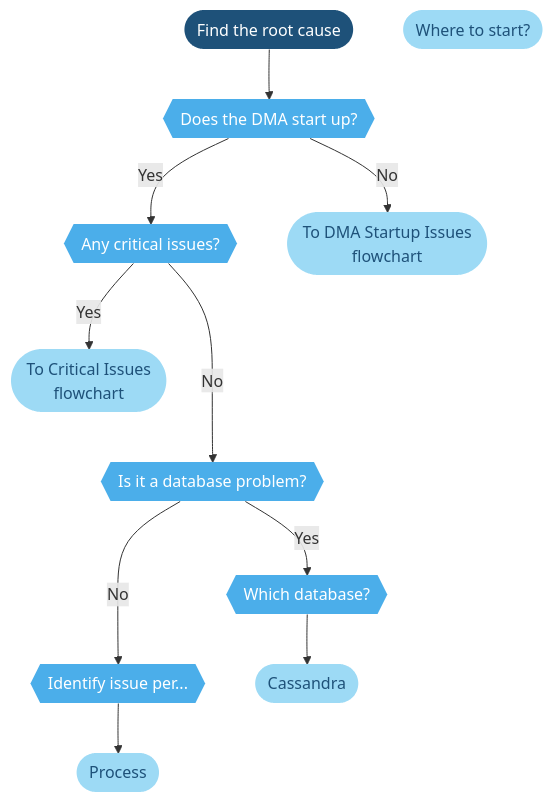
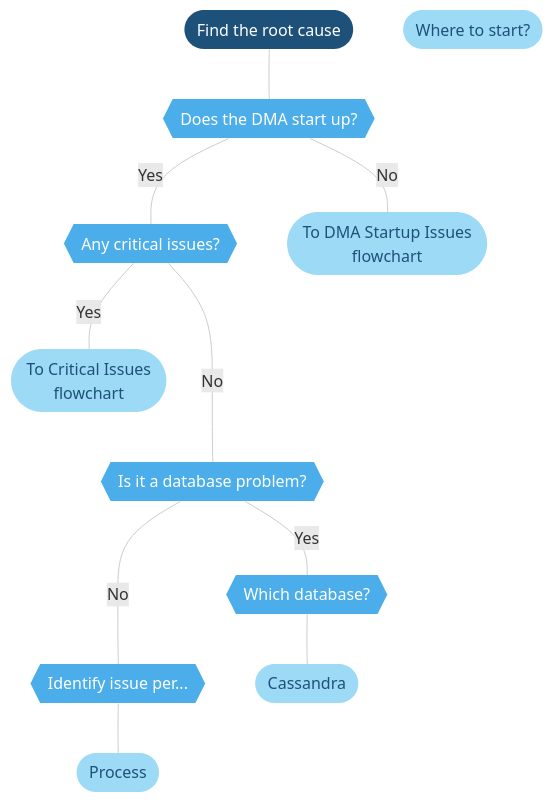
Before and after one commit to SkylineCommunications/dataminer-docs: the diagram in user-guide/Troubleshooting/Troubleshooting_Flowcharts/Finding_a_Root_Cause.md, drawn with Mermaid. The commit also changed 17 other files, not shown here.

```diff
--- a/user-guide/Troubleshooting/Troubleshooting_Flowcharts/Finding_a_Root_Cause.md
+++ b/user-guide/Troubleshooting/Troubleshooting_Flowcharts/Finding_a_Root_Cause.md
@@ -7,44 +7,45 @@
 <div class="mermaid">
 flowchart TD
     %% Define styles %%
+    linkStyle default stroke:#cccccc
     classDef classTerminal fill:#1e5179,stroke:#1e5179,color:#ffffff,stroke-width:0px;
     classDef classDecision fill:#4baeea,stroke:#4baeea,color:#ffffff,stroke-width:0px;
     classDef classExternalRef fill:#9ddaf5,stroke:#9ddaf5,color:#1E5179,stroke-width:0px;
     classDef classActionClickable fill:#999999,stroke:#999999,color:#ffffff,stroke-width:0px;
     classDef classAction fill:#dddddd,stroke:#dddddd,color:#1E5179,stroke-width:0px;
     classDef classSolution fill:#58595b,stroke:#58595b,color:#ffffff,stroke-width:0px;
     %% Define blocks %%
     START([Find the root cause])
     Investigate([Where to start?])
     CheckStartup{{Does the DMA start up?}}
     CHECK1{{Any critical issues? }}
     identify{{Identify issue per... }}
     DatabaseFlowcharts{{Is it a database problem?}}
     WhichDb{{Which database?}}
     DMAStartupIssues([To DMA Startup Issues<br>flowchart])
     critical([To Critical Issues<br>flowchart])
     ProcessFlowcharts([Process])
     Cassandra([Cassandra])
     %% Connect blocks %%
-    START --> CheckStartup
-    CheckStartup -->|Yes| CHECK1
-    CheckStartup --> |No| DMAStartupIssues
-    CHECK1 --> |Yes| critical
-    CHECK1 ---> |No| DatabaseFlowcharts
-    DatabaseFlowcharts -->|Yes|WhichDb
-    DatabaseFlowcharts --->|No|identify
-    identify --> ProcessFlowcharts
-    WhichDb --> Cassandra
+    START --- CheckStartup
+    CheckStartup ---|Yes| CHECK1
+    CheckStartup --- |No| DMAStartupIssues
+    CHECK1 --- |Yes| critical
+    CHECK1 ---- |No| DatabaseFlowcharts
+    DatabaseFlowcharts ---|Yes|WhichDb
+    DatabaseFlowcharts ----|No|identify
+    identify --- ProcessFlowcharts
+    WhichDb --- Cassandra
     %% Define hyperlinks %%
     click CHECK1 "#examples-of-critical-issues" "examples of critical issues"
     click critical "https://docs.dataminer.services/user-guide/Troubleshooting/Troubleshooting_Flowcharts/Troubleshooting_Critical_Issues/Troubleshooting_Critical_Issues_Overview.html" "To critical issues flowchart"
     click DMAStartupIssues "https://docs.dataminer.services/user-guide/Troubleshooting/Troubleshooting_Flowcharts/Troubleshooting_Startup_Issues.html" "DMA Startup Issues"
     click ProcessFlowcharts "https://docs.dataminer.services/user-guide/Troubleshooting/Troubleshooting_Flowcharts/Troubleshooting_Process_Identification/Troubleshooting_Process_Identification.html" "Process identification"
     click WhichDb "https://docs.dataminer.services/user-guide/Troubleshooting/Troubleshooting_Flowcharts/Finding_a_Root_Cause.html#identifying-the-general-database" "Identify the Database"
     click Cassandra "https://docs.dataminer.services/user-guide/Troubleshooting/Troubleshooting_Flowcharts/Troubleshooting_Cassandra/Troubleshooting_Cassandra.html" "Troubleshooting Cassandra"
     click Investigate "https://docs.dataminer.services/user-guide/Troubleshooting/Troubleshooting_Flowcharts/Troubleshooting_Where_to_Start.html"
     %% Apply styles to blocks %%
     class START classTerminal;
     class WhichDb,DatabaseFlowcharts,CheckStartup,CHECK1,identify classDecision;
     class Investigate,Cassandra,DMAStartupIssues,critical,ProcessFlowcharts classExternalRef;
 </div>
```
